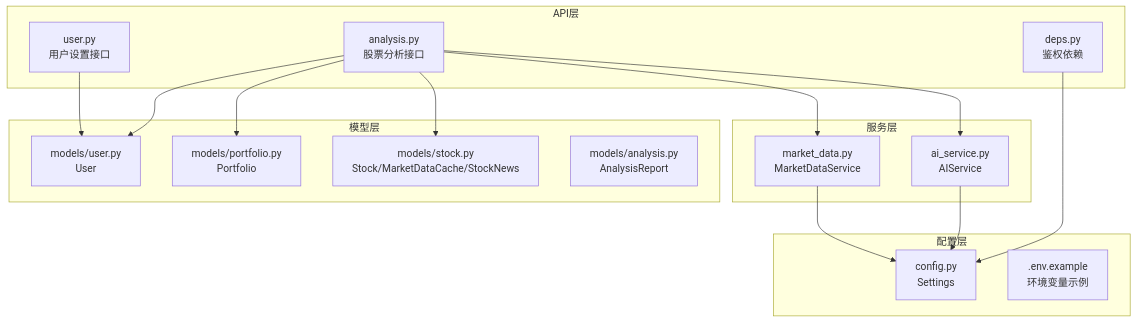
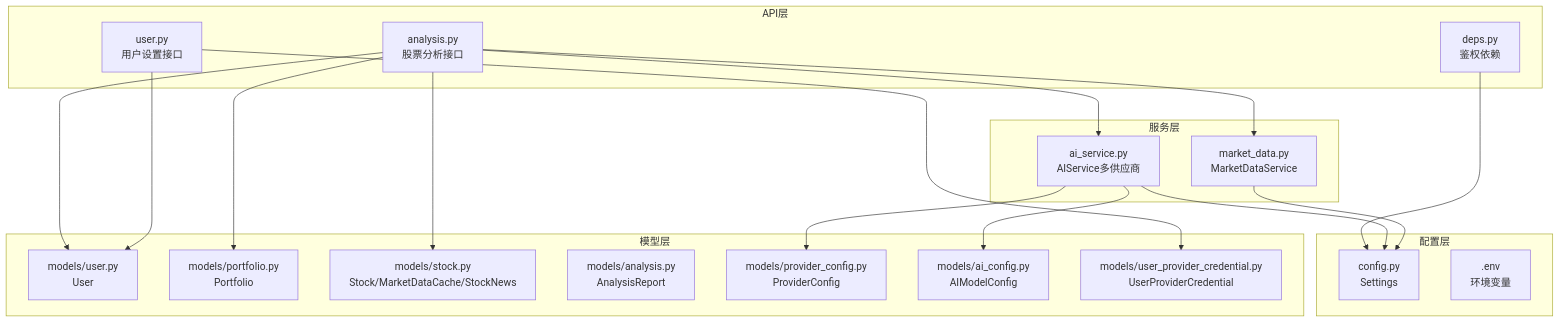
One commit to breeze-lyf/ai-stock-advisor changed the first of 6 diagrams in .qoder/repowiki/zh/content/AI智能分析服务/Gemini AI集成.md. Above: the diagram before and after it, drawn with Mermaid. The commit also changed other lines of this file and 30 other files, not shown here.

````diff
--- a/.qoder/repowiki/zh/content/AI智能分析服务/Gemini AI集成.md
+++ b/.qoder/repowiki/zh/content/AI智能分析服务/Gemini AI集成.md
@@ -42,31 +60,37 @@
 ```mermaid
 graph TB
 subgraph "API层"
 A["analysis.py<br/>股票分析接口"]
 B["user.py<br/>用户设置接口"]
 C["deps.py<br/>鉴权依赖"]
 end
 subgraph "服务层"
-D["ai_service.py<br/>AIService"]
+D["ai_service.py<br/>AIService多供应商"]
 E["market_data.py<br/>MarketDataService"]
 end
 subgraph "模型层"
 F["models/user.py<br/>User"]
 G["models/portfolio.py<br/>Portfolio"]
 H["models/stock.py<br/>Stock/MarketDataCache/StockNews"]
 I["models/analysis.py<br/>AnalysisReport"]
+J["models/provider_config.py<br/>ProviderConfig"]
+K["models/ai_config.py<br/>AIModelConfig"]
+L["models/user_provider_credential.py<br/>UserProviderCredential"]
 end
 subgraph "配置层"
-J["config.py<br/>Settings"]
-K[".env.example<br/>环境变量示例"]
+M["config.py<br/>Settings"]
+N[".env<br/>环境变量"]
 end
 A --> D
 A --> E
 A --> F
 A --> G
 A --> H
 B --> F
-C --> J
+B --> L
+C --> M
+D --> M
 D --> J
-E --> J
+D --> K
+E --> M
 ```
````
